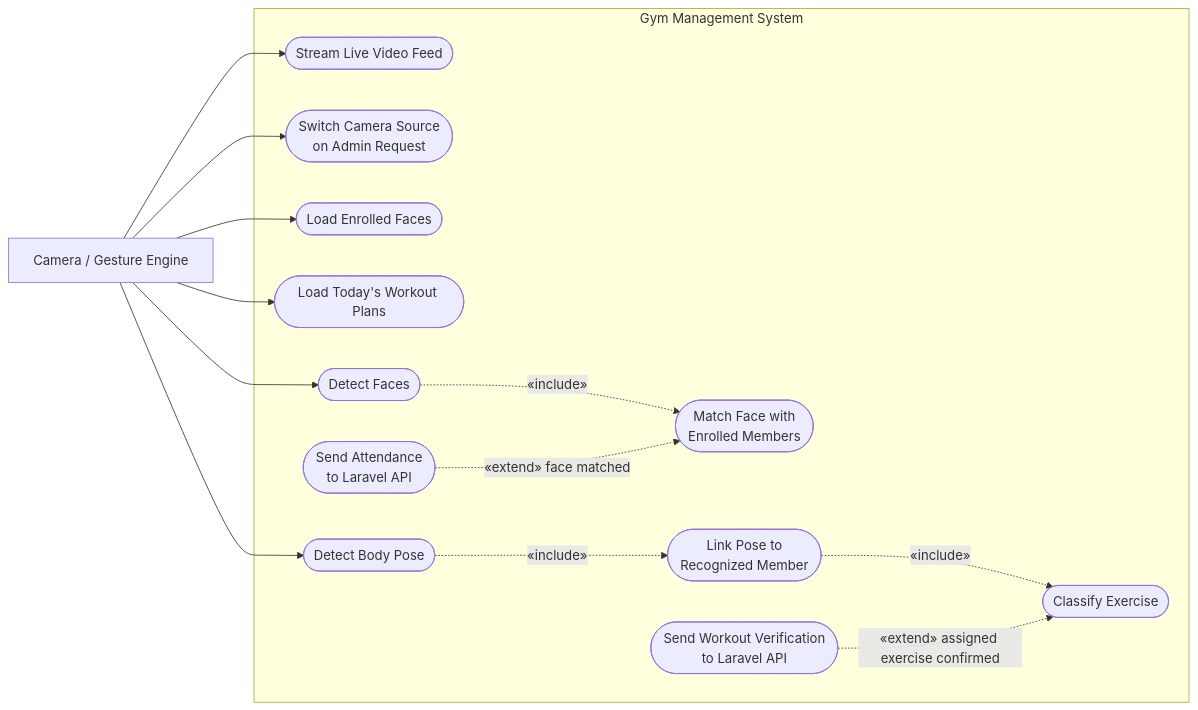
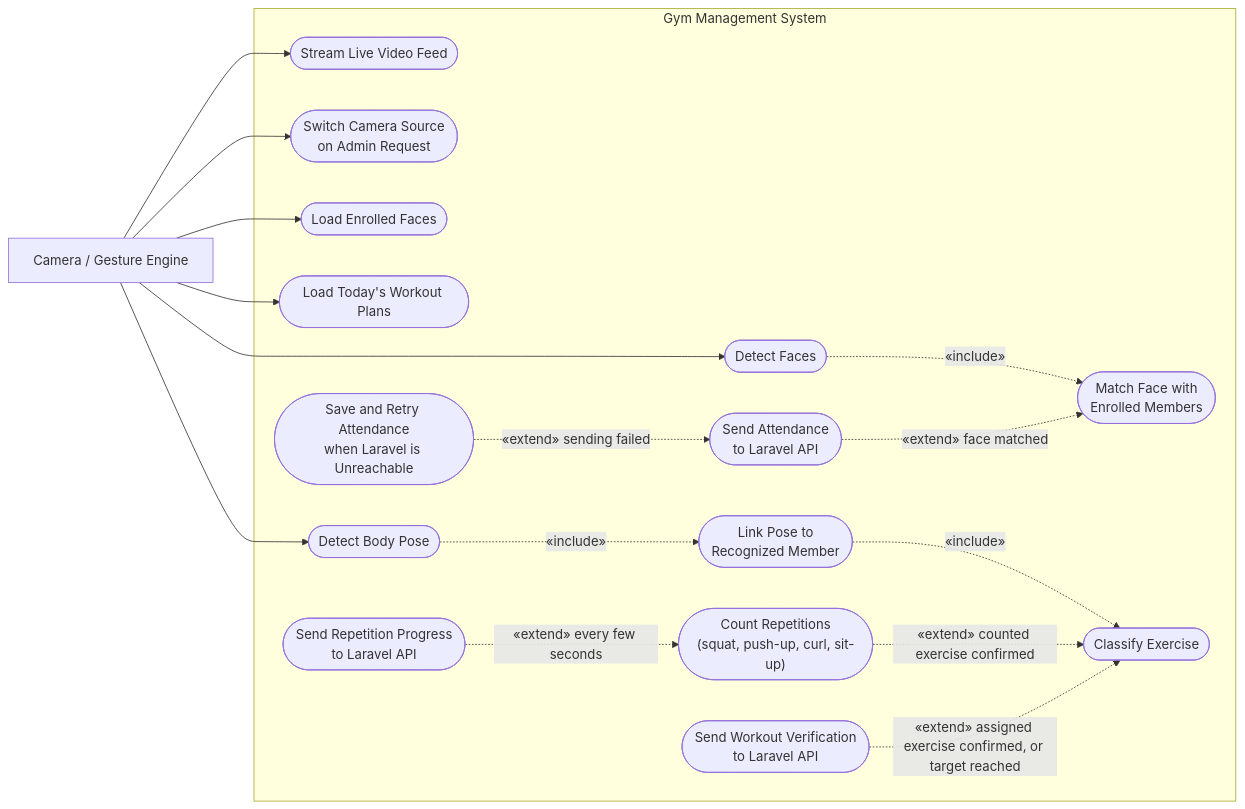
Before and after one commit to Plonteras191/GYM2-CAPSTONE: the third of 4 diagrams in DOCUMENTATION/USECASE DIAGRAM/usecase.md, drawn with Mermaid. The commit also changed other lines of this file and 10 other files, not shown here.

First line of the commit message:
docs(diagrams): update the DOCUMENTATION diagram write-ups to the current system

````diff
--- a/DOCUMENTATION/USECASE DIAGRAM/usecase.md
+++ b/DOCUMENTATION/USECASE DIAGRAM/usecase.md
@@ -368,33 +363,39 @@
 ```mermaid
 flowchart LR
     Camera["Camera / Gesture Engine"]
 
     subgraph Boundary ["Gym Management System"]
         Stream(["Stream Live Video Feed"])
         SwitchSrc(["Switch Camera Source<br/>on Admin Request"])
         LoadFaces(["Load Enrolled Faces"])
         LoadPlans(["Load Today's Workout Plans"])
 
         Detect(["Detect Faces"])
         Match(["Match Face with<br/>Enrolled Members"])
         Att(["Send Attendance<br/>to Laravel API"])
+        Retry(["Save and Retry Attendance<br/>when Laravel is Unreachable"])
 
         Pose(["Detect Body Pose"])
         Link(["Link Pose to<br/>Recognized Member"])
         Classify(["Classify Exercise"])
+        Count(["Count Repetitions<br/>(squat, push-up, curl, sit-up)"])
+        Progress(["Send Repetition Progress<br/>to Laravel API"])
         Verify(["Send Workout Verification<br/>to Laravel API"])
 
         Detect -.->|"«include»"| Match
         Att -.->|"«extend» face matched"| Match
+        Retry -.->|"«extend» sending failed"| Att
         Pose -.->|"«include»"| Link
         Link -.->|"«include»"| Classify
-        Verify -.->|"«extend» assigned exercise confirmed"| Classify
+        Count -.->|"«extend» counted exercise confirmed"| Classify
+        Progress -.->|"«extend» every few seconds"| Count
+        Verify -.->|"«extend» assigned exercise confirmed, or target reached"| Classify
     end
 
     Camera --> Stream
     Camera --> SwitchSrc
     Camera --> LoadFaces
     Camera --> LoadPlans
     Camera --> Detect
     Camera --> Pose
 ```
````
